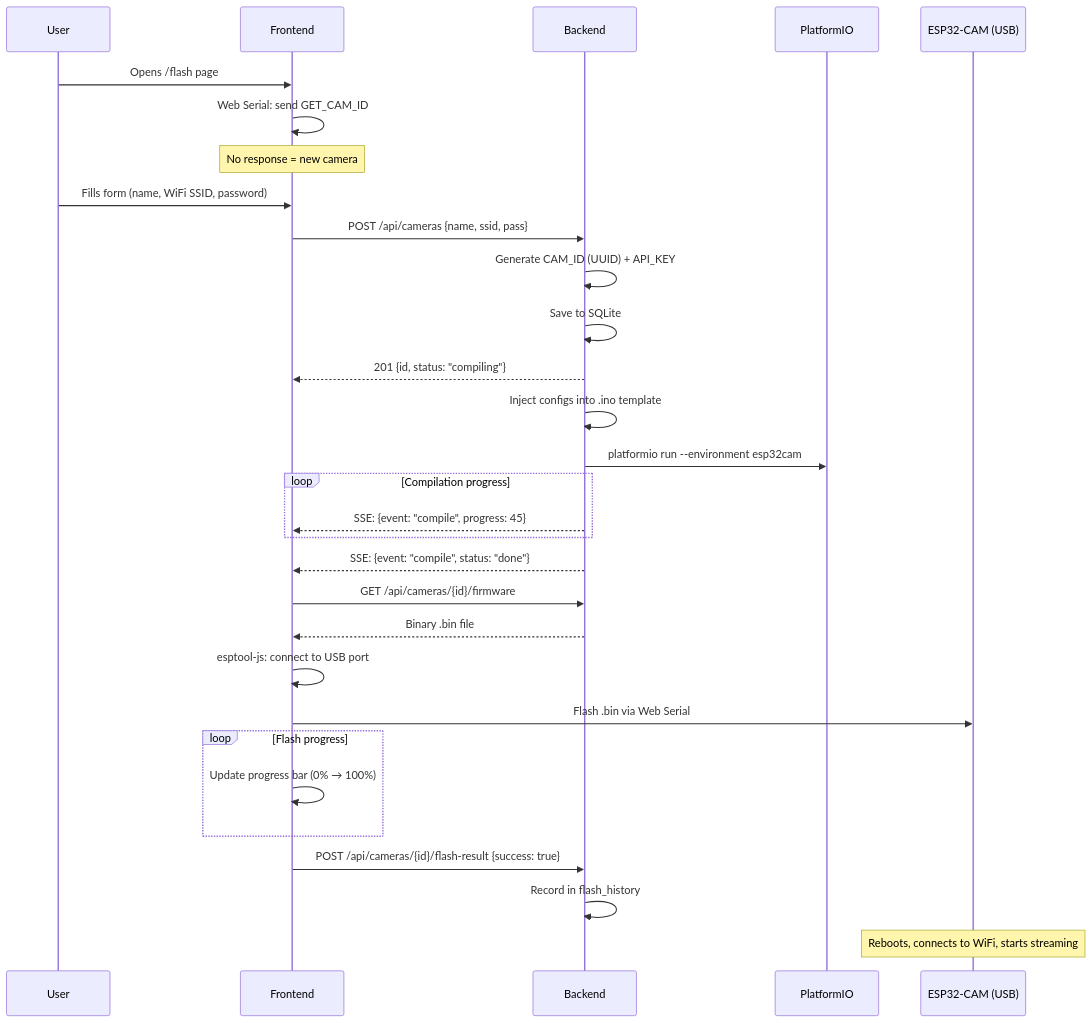
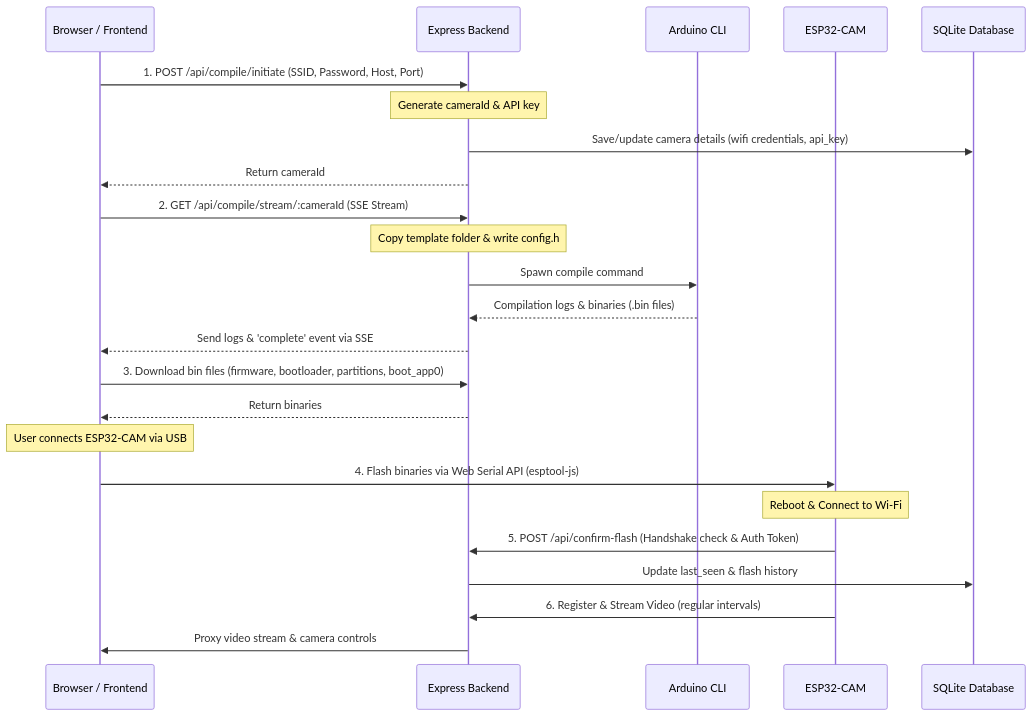
Before and after one commit to jauzin23/CAMron: the diagram in docs/architecture.md, drawn with Mermaid. The commit also changed other lines of this file and 49 other files, not shown here.

````diff
--- a/docs/architecture.md
+++ b/docs/architecture.md
@@ -182,41 +21,32 @@
 ```mermaid
 sequenceDiagram
-    participant U as User
-    participant FE as Frontend
-    participant BE as Backend
-    participant PIO as PlatformIO
-    participant ESP as ESP32-CAM (USB)
+    participant User as Browser / Frontend
+    participant Backend as Express Backend
+    participant ArduinoCLI as Arduino CLI
+    participant ESP32 as ESP32-CAM
+    participant DB as SQLite Database
 
-    U->>FE: Opens /flash page
-    FE->>FE: Web Serial: send GET_CAM_ID
-    Note over FE: No response = new camera
+    User->>Backend: 1. POST /api/compile/initiate (SSID, Password, Host, Port)
+    Note over Backend: Generate cameraId & API key
+    Backend->>DB: Save/update camera details (wifi credentials, api_key)
+    Backend-->>User: Return cameraId
 
-    U->>FE: Fills form (name, WiFi SSID, password)
-    FE->>BE: POST /api/cameras {name, ssid, pass}
-    BE->>BE: Generate CAM_ID (UUID) + API_KEY
-    BE->>BE: Save to SQLite
-    BE-->>FE: 201 {id, status: "compiling"}
+    User->>Backend: 2. GET /api/compile/stream/:cameraId (SSE Stream)
+    Note over Backend: Copy template folder & write config.h
+    Backend->>ArduinoCLI: Spawn compile command
+    ArduinoCLI-->>Backend: Compilation logs & binaries (.bin files)
+    Backend-->>User: Send logs & 'complete' event via SSE
 
-    BE->>BE: Inject configs into .ino template
-    BE->>PIO: platformio run --environment esp32cam
+    User->>Backend: 3. Download bin files (firmware, bootloader, partitions, boot_app0)
+    Backend-->>User: Return binaries
 
-    loop Compilation progress
-        BE-->>FE: SSE: {event: "compile", progress: 45}
-    end
+    Note over User: User connects ESP32-CAM via USB
+    User->>ESP32: 4. Flash binaries via Web Serial API (esptool-js)
 
-    BE-->>FE: SSE: {event: "compile", status: "done"}
-    FE->>BE: GET /api/cameras/{id}/firmware
-    BE-->>FE: Binary .bin file
+    Note over ESP32: Reboot & Connect to Wi-Fi
+    ESP32->>Backend: 5. POST /api/confirm-flash (Handshake check & Auth Token)
+    Backend->>DB: Update last_seen & flash history
 
-    FE->>FE: esptool-js: connect to USB port
-    FE->>ESP: Flash .bin via Web Serial
-
-    loop Flash progress
-        FE->>FE: Update progress bar (0% → 100%)
-    end
-
-    FE->>BE: POST /api/cameras/{id}/flash-result {success: true}
-    BE->>BE: Record in flash_history
-
-    Note over ESP: Reboots, connects to WiFi, starts streaming
+    ESP32->>Backend: 6. Register & Stream Video (regular intervals)
+    Backend->>User: Proxy video stream & camera controls
 ```
````
